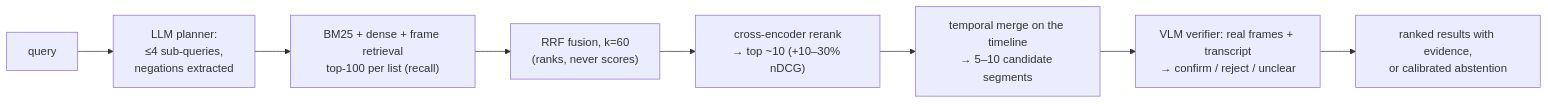
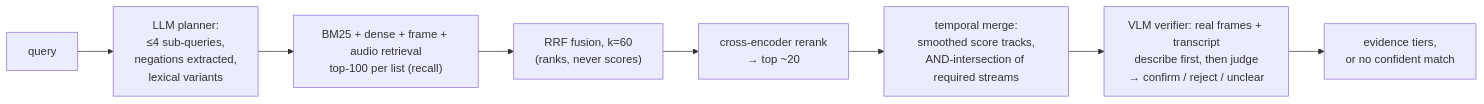
One commit to BABTUNA/code-four-video-search changed the second of 2 diagrams in README.md. Above: the diagram before and after it, drawn with Mermaid. The commit also changed other lines of this file and 18 other files, not shown here.

````diff
--- a/README.md
+++ b/README.md
@@ -181,10 +216,10 @@
 ```mermaid
 flowchart LR
-    Q[query] --> P["LLM planner:<br/>≤4 sub-queries,<br/>negations extracted"]
-    P --> R["BM25 + dense + frame retrieval<br/>top-100 per list (recall)"]
+    Q[query] --> P["LLM planner:<br/>≤4 sub-queries,<br/>negations extracted,<br/>lexical variants"]
+    P --> R["BM25 + dense + frame + audio retrieval<br/>top-100 per list (recall)"]
     R --> F["RRF fusion, k=60<br/>(ranks, never scores)"]
-    F --> X["cross-encoder rerank<br/>→ top ~10 (+10–30% nDCG)"]
-    X --> G["temporal merge on the timeline<br/>→ 5–10 candidate segments"]
-    G --> Vf["VLM verifier: real frames + transcript<br/>→ confirm / reject / unclear"]
-    Vf --> O["ranked results with evidence,<br/>or calibrated abstention"]
+    F --> X["cross-encoder rerank<br/>→ top ~20"]
+    X --> G["temporal merge:<br/>smoothed score tracks,<br/>AND-intersection of required streams"]
+    G --> Vf["VLM verifier: real frames + transcript<br/>describe first, then judge<br/>→ confirm / reject / unclear"]
+    Vf --> O["evidence tiers,<br/>or no confident match"]
 ```
````
